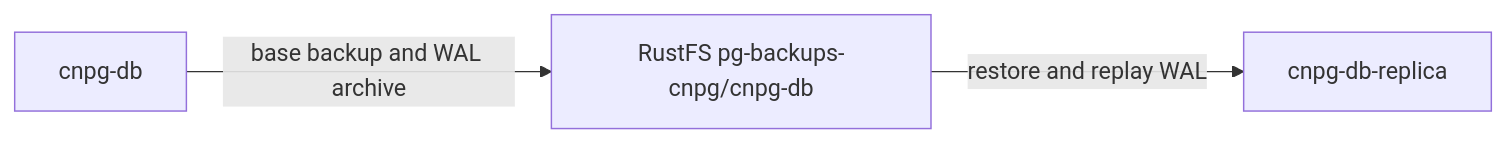
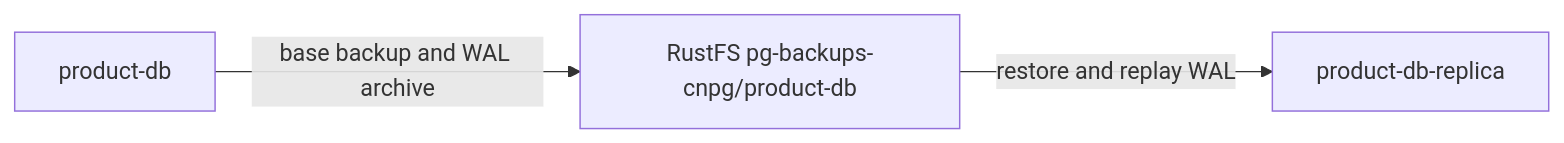
Before and after one commit to duynhlab/homelab: the third of 4 diagrams in docs/databases/003.1-operator-cnpg.md, drawn with Mermaid. The commit also changed other lines of this file and 15 other files, not shown here.

````diff
--- a/docs/databases/003.1-operator-cnpg.md
+++ b/docs/databases/003.1-operator-cnpg.md
@@ -150,5 +162,5 @@
 ```mermaid
 flowchart LR
-  primary["cnpg-db"] -->|"base backup and WAL archive"| rustfs["RustFS pg-backups-cnpg/cnpg-db"]
-  rustfs -->|"restore and replay WAL"| replica["cnpg-db-replica"]
+  primary["product-db"] -->|"base backup and WAL archive"| rustfs["RustFS pg-backups-cnpg/product-db"]
+  rustfs -->|"restore and replay WAL"| replica["product-db-replica"]
 ```
````
